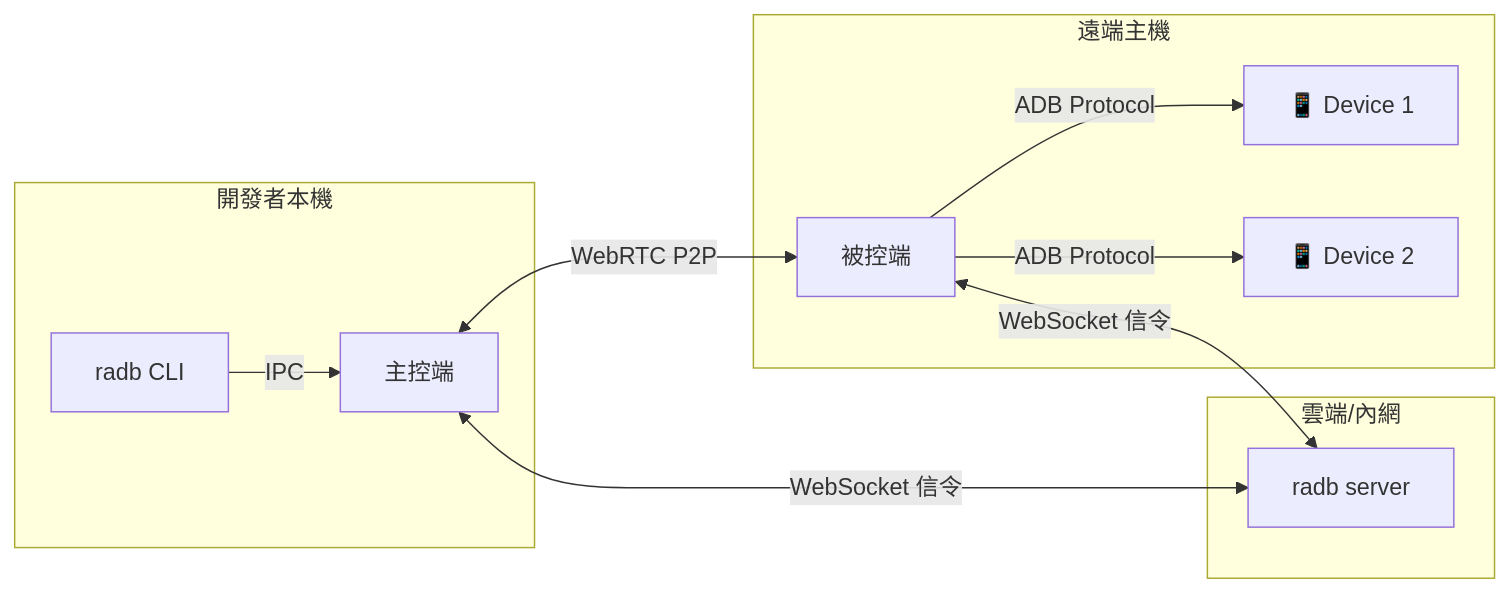
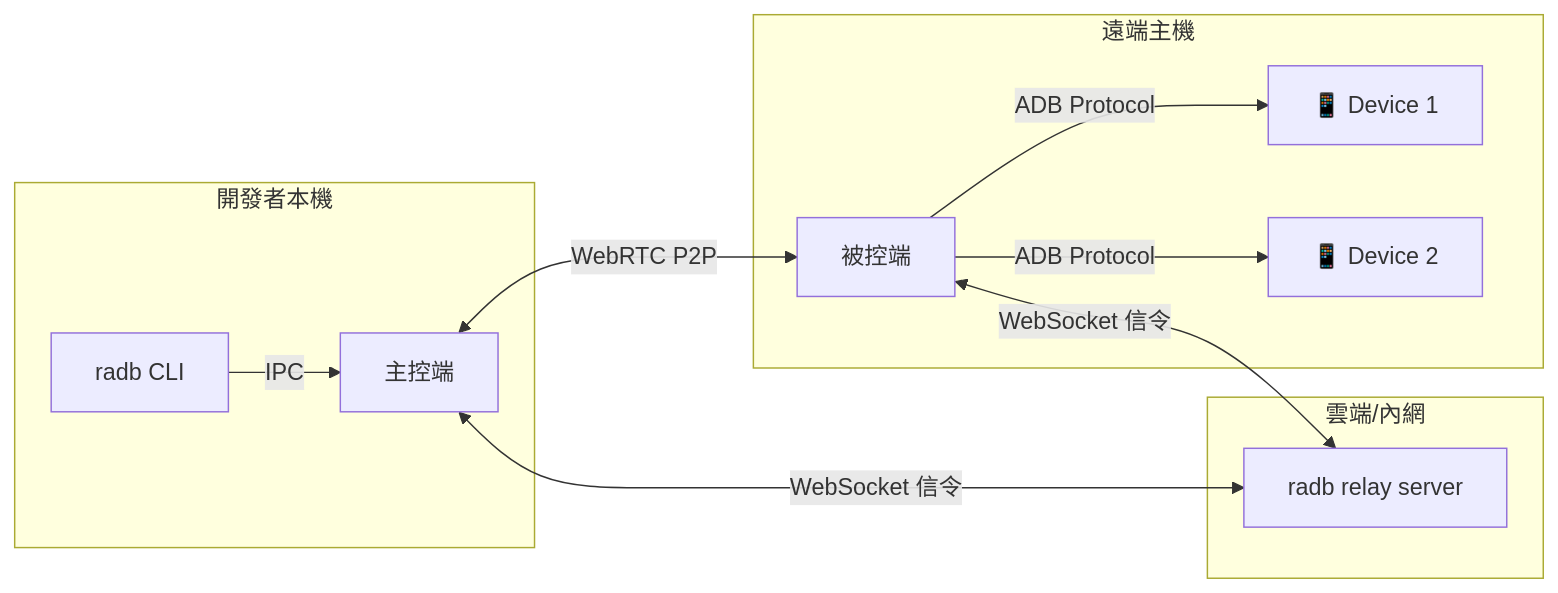
One commit to chris1004tw/remote-adb changed the diagram in README.md. Above: the diagram before and after it, drawn with Mermaid. The commit also changed other lines of this file and 1 other file, not shown here.

````diff
--- a/README.md
+++ b/README.md
@@ -30,24 +30,24 @@
 ```mermaid
 graph LR
     subgraph 開發者本機
         CLI[radb CLI]
         Daemon[主控端]
     end
 
     subgraph 雲端/內網
-        Signal[radb server]
+        Signal[radb relay server]
     end
 
     subgraph 遠端主機
         Agent[被控端]
         Phone1[📱 Device 1]
         Phone2[📱 Device 2]
     end
 
     CLI -->|IPC| Daemon
     Daemon <-->|WebRTC P2P| Agent
     Daemon <-->|WebSocket 信令| Signal
     Agent <-->|WebSocket 信令| Signal
     Agent -->|ADB Protocol| Phone1
     Agent -->|ADB Protocol| Phone2
 ```
````
